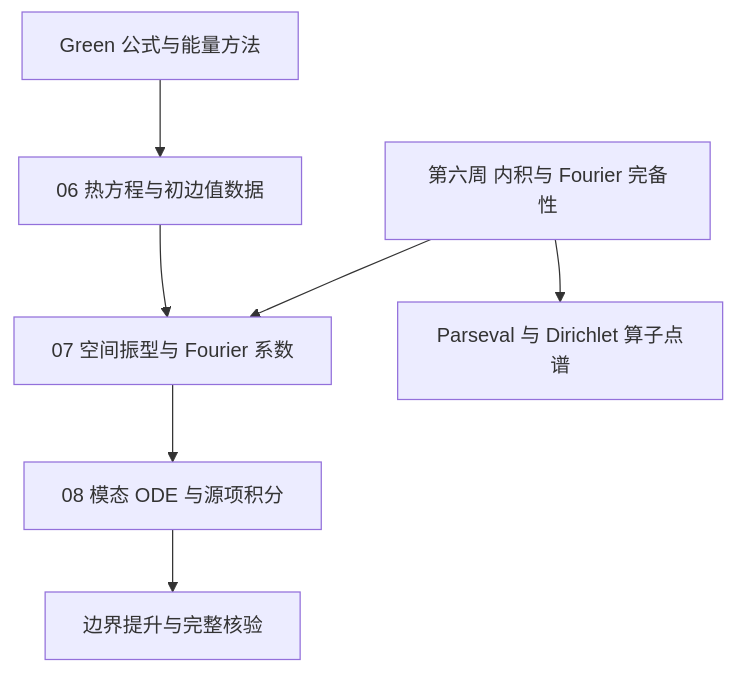
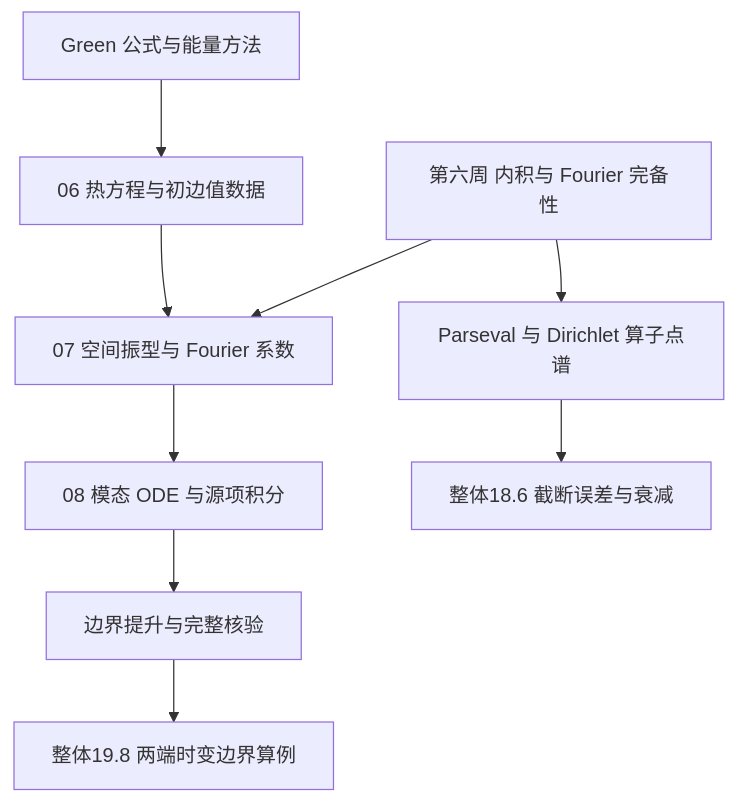
Before and after one commit to xsoc1/math-notes: the second of 2 diagrams in 数学物理方程/00_课程笔记总览.md, drawn with Mermaid. The commit also changed other lines of this file and 4 other files, not shown here.

````diff
--- a/数学物理方程/00_课程笔记总览.md
+++ b/数学物理方程/00_课程笔记总览.md
@@ -96,9 +98,11 @@
 ```mermaid
 flowchart TD
 	P[Green 公式与能量方法] --> F[06 热方程与初边值数据]
 	F --> G[07 空间振型与 Fourier 系数]
 	G --> H[08 模态 ODE 与源项积分]
 	H --> I[边界提升与完整核验]
 	J[第六周 内积与 Fourier 完备性] --> G
 	J --> K[Parseval 与 Dirichlet 算子点谱]
+	K --> M[整体18.6 截断误差与衰减]
+	I --> N[整体19.8 两端时变边界算例]
 ```
````
